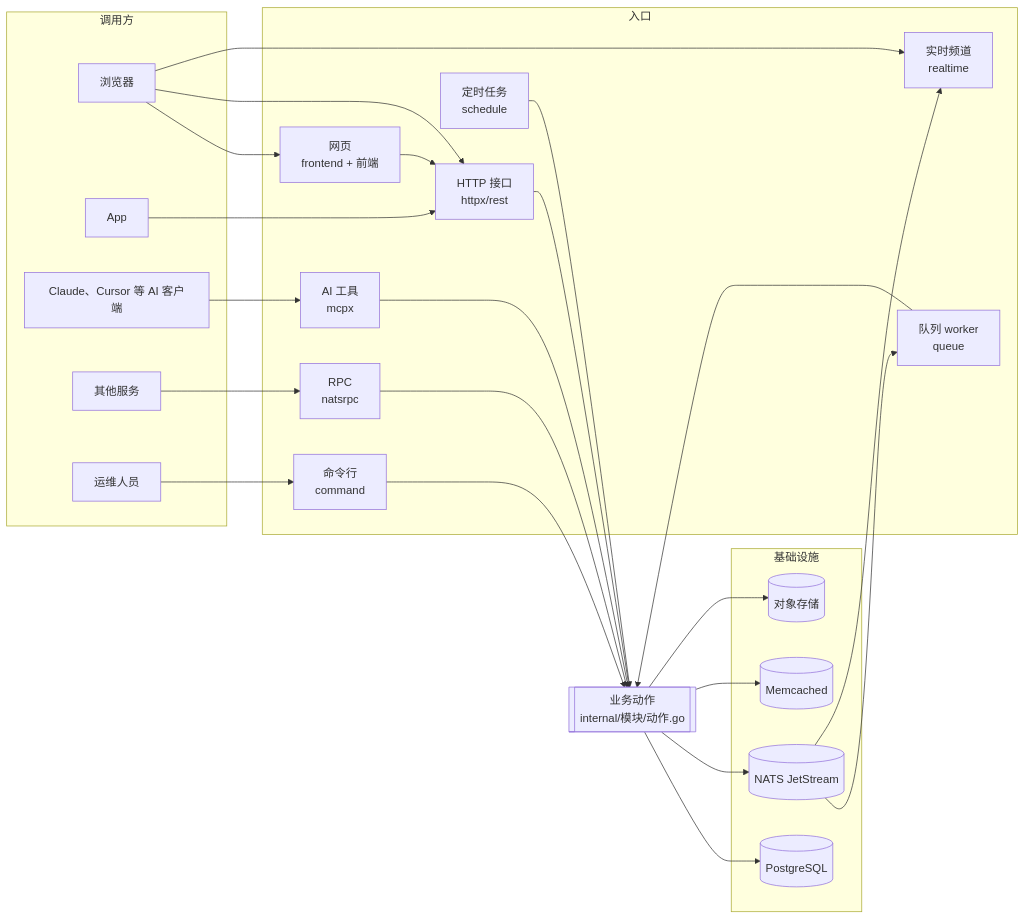
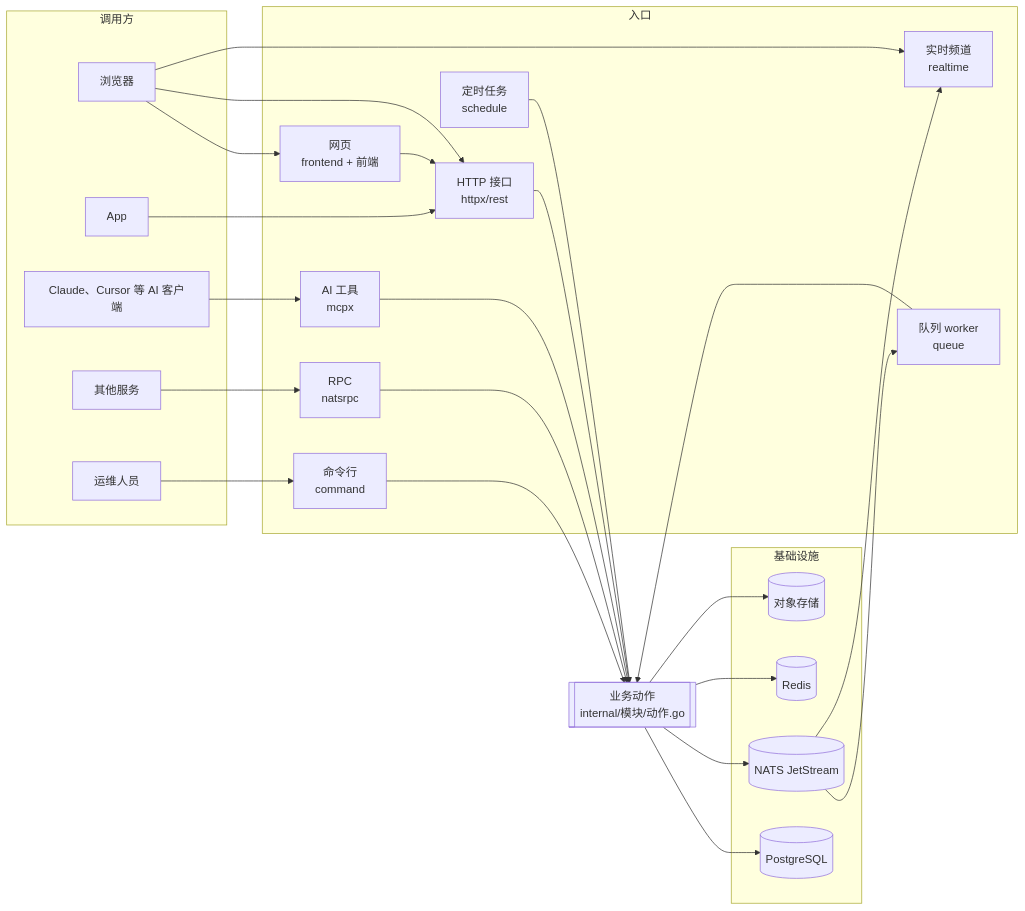
Before and after one commit to go-tenon/tenon: the first of 8 diagrams in README.md, drawn with Mermaid. The commit also changed other lines of this file and 29 other files, not shown here.

Commit message:
cache: 将缓存后端从 Memcached 替换为 Redis

````diff
--- a/README.md
+++ b/README.md
@@ -20,47 +20,47 @@
 ```mermaid
 flowchart LR
   subgraph Clients[调用方]
     B[浏览器]
     A[App]
     AI[Claude、Cursor 等 AI 客户端]
     SVC[其他服务]
     OPS[运维人员]
   end
   subgraph Entries[入口]
     REST[HTTP 接口<br/>httpx/rest]
     PAGES[网页<br/>frontend + 前端]
     RT[实时频道<br/>realtime]
     MCP[AI 工具<br/>mcpx]
     RPC[RPC<br/>natsrpc]
     CLI[命令行<br/>command]
     WORK[队列 worker<br/>queue]
     SCHED[定时任务<br/>schedule]
   end
   ACT[["业务动作<br/>internal/模块/动作.go"]]
   subgraph Infra[基础设施]
     PG[(PostgreSQL)]
     NATS[(NATS JetStream)]
-    MC[(Memcached)]
+    REDIS[(Redis)]
     S3[(对象存储)]
   end
   B --> PAGES
   B --> REST
   A --> REST
   B --> RT
   AI --> MCP
   SVC --> RPC
   OPS --> CLI
   PAGES --> REST
   REST --> ACT
   MCP --> ACT
   RPC --> ACT
   CLI --> ACT
   WORK --> ACT
   SCHED --> ACT
   ACT --> PG
   ACT --> NATS
-  ACT --> MC
+  ACT --> REDIS
   ACT --> S3
   NATS --> WORK
   NATS --> RT
 ```
````
